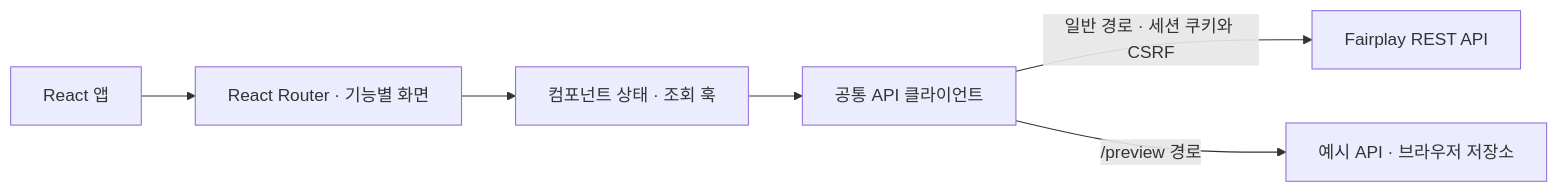
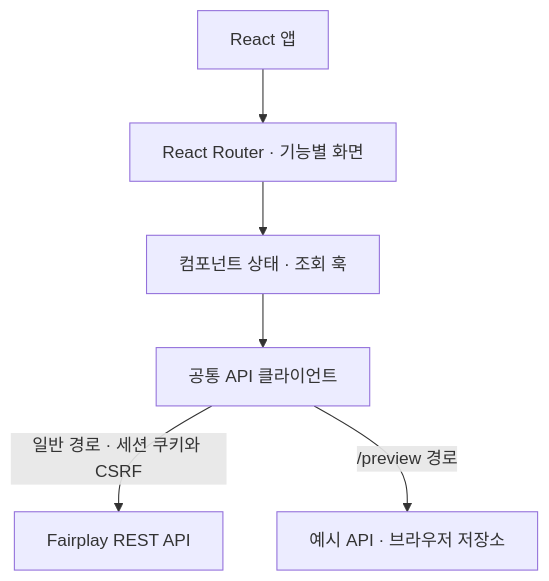
One commit to isjuny0/fairplay-fe changed the diagram in README.md. Above: the diagram before and after it, drawn with Mermaid. The commit also changed other lines of this file, not shown here.

````diff
--- a/README.md
+++ b/README.md
@@ -74,8 +48,8 @@
 ```mermaid
-flowchart LR
+flowchart TD
     Entry["React 앱"] --> AppRoutes["React Router · 기능별 화면"]
     AppRoutes --> State["컴포넌트 상태 · 조회 훅"]
     State --> Client["공통 API 클라이언트"]
     Client -->|"일반 경로 · 세션 쿠키와 CSRF"| Server["Fairplay REST API"]
     Client -->|"/preview 경로"| Preview["예시 API · 브라우저 저장소"]
 ```
````
